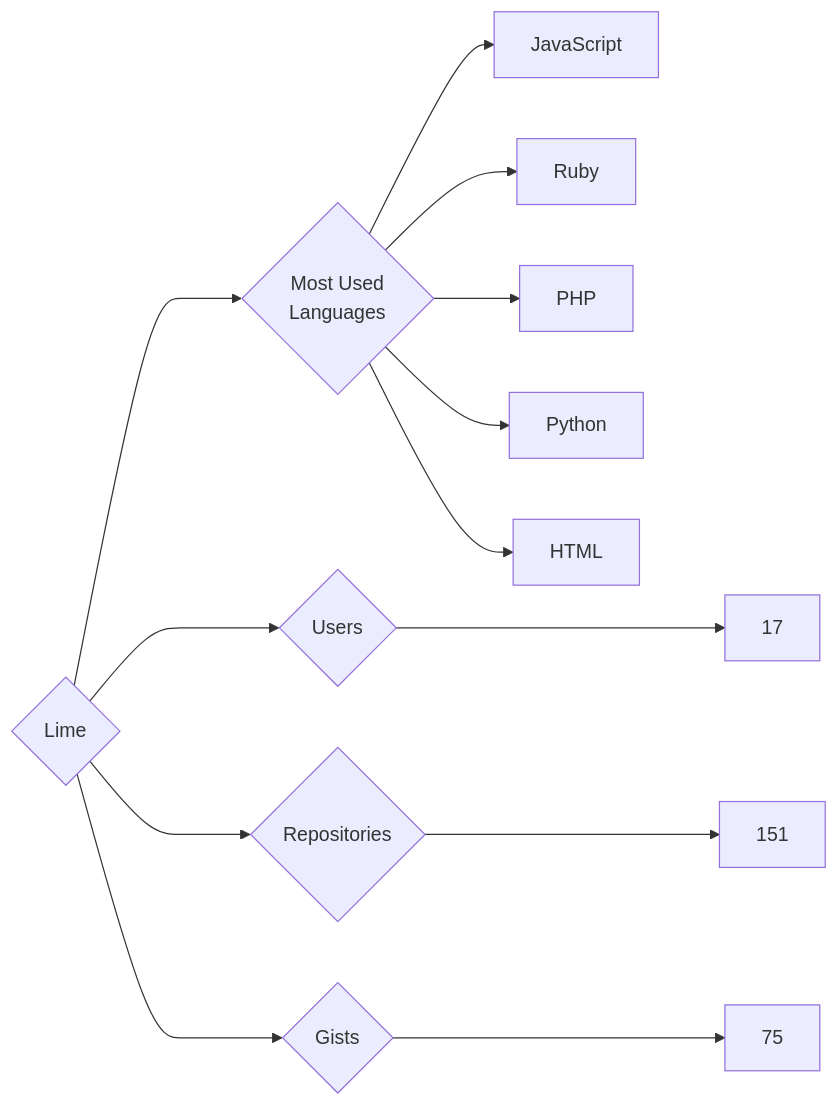
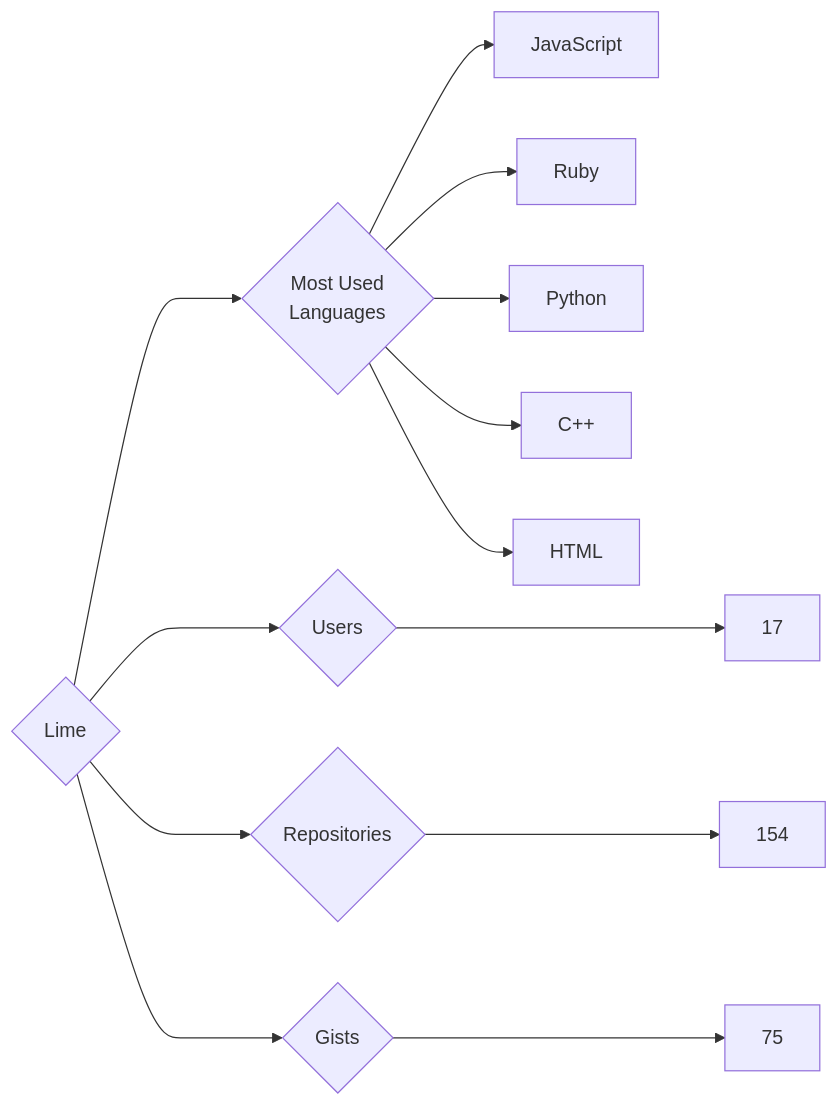
One commit to trickest/insiders changed the diagram in targets/Lime/README.md. Above: the diagram before and after it, drawn with Mermaid. The commit also changed 874 other files, not shown here.

````diff
--- a/targets/Lime/README.md
+++ b/targets/Lime/README.md
@@ -3,13 +3,13 @@
 ```mermaid
 graph LR
 COMPANY_NAME{Lime}
 COMPANY_NAME ---> U{Users} ---> UN[17]
-COMPANY_NAME ---> R{Repositories} ---> RN[151]
+COMPANY_NAME ---> R{Repositories} ---> RN[154]
 COMPANY_NAME ---> G{Gists} ---> GN[75]
 COMPANY_NAME ---> ML{Most Used<br>Languages}
 ML --> JavaScript[JavaScript]
 ML --> Ruby[Ruby]
-ML --> PHP[PHP]
 ML --> Python[Python]
+ML --> C++[C++]
 ML --> HTML[HTML]
 ```
````
